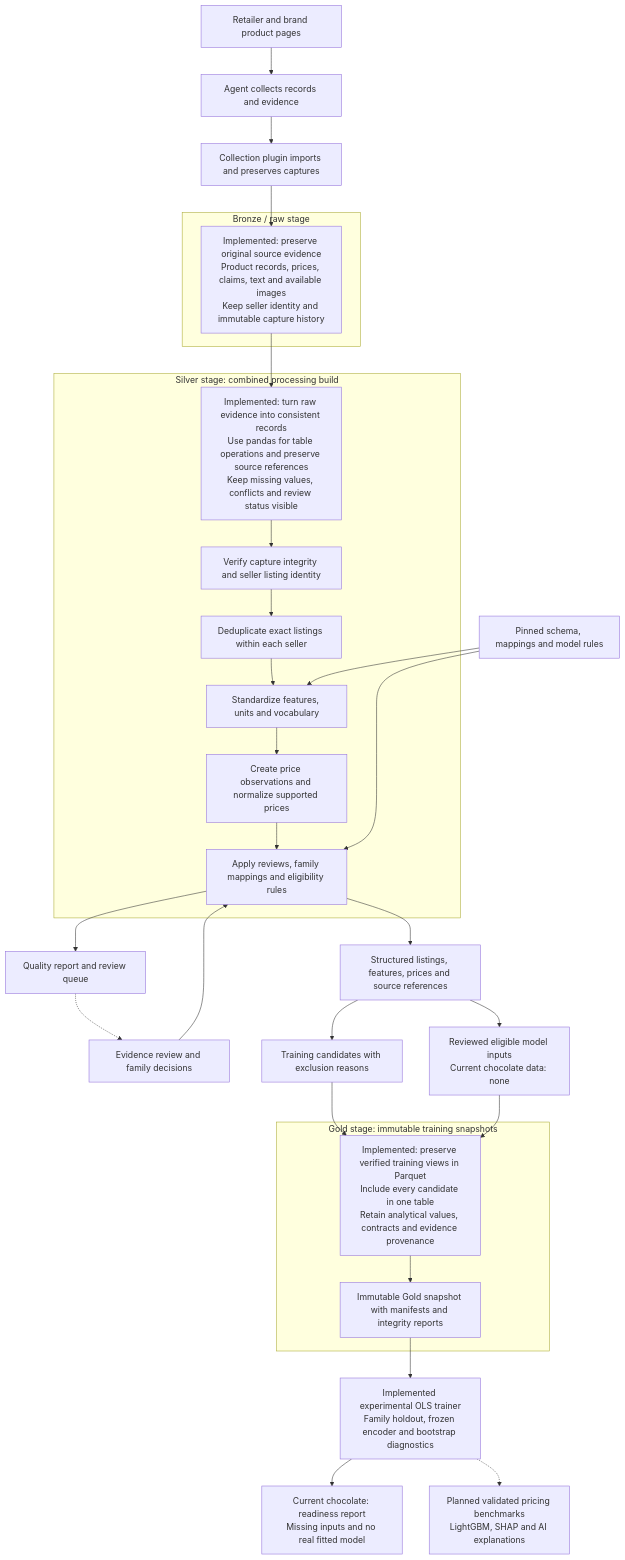
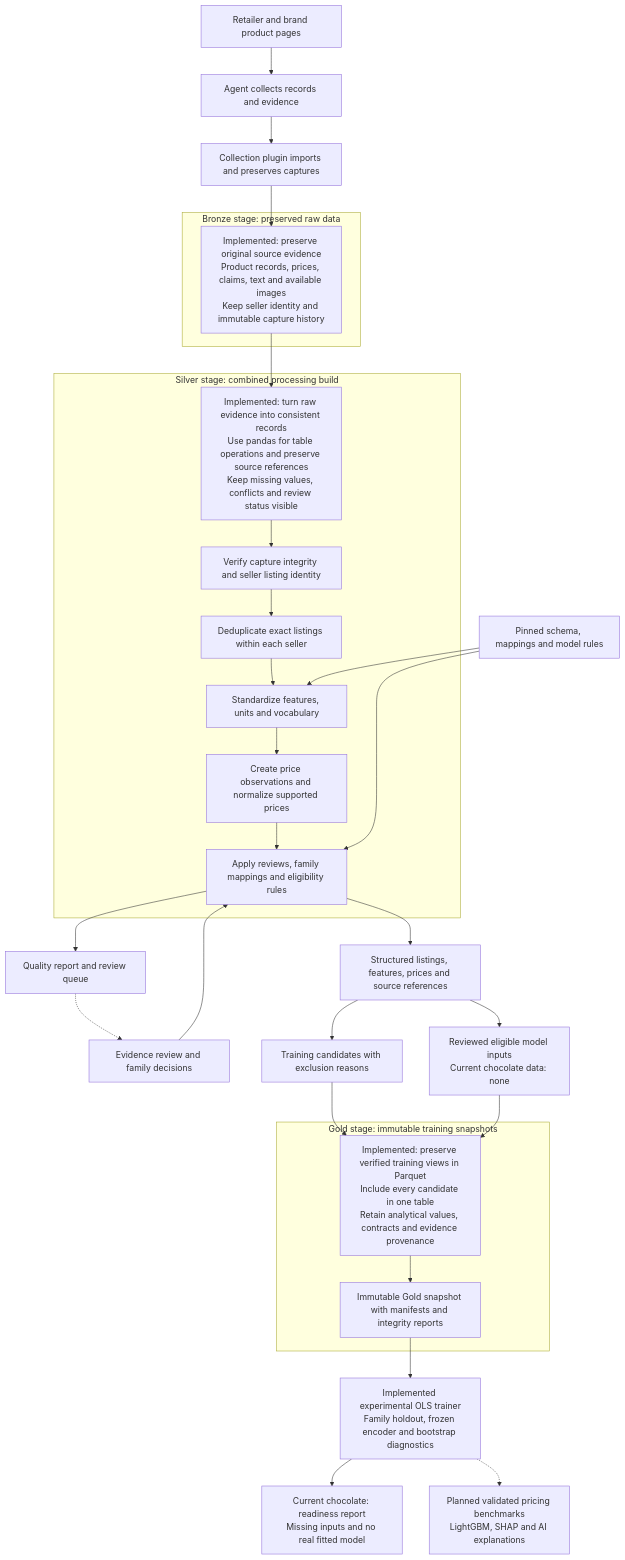
The diagram in docs/data/chocolate-silver.md (CoralLeiCN/rgc), drawn with Mermaid before and after one commit. The commit also changed other lines of this file and 44 other files, not shown here.

Commit message:
Separate schema creation and organize Bronze records by source

````diff
--- a/docs/data/chocolate-silver.md
+++ b/docs/data/chocolate-silver.md
@@ -50,39 +51,39 @@
 ```mermaid
 flowchart TD
     Sources["Retailer and brand product pages"] --> Agent["Agent collects records and evidence"]
     Agent --> Collection["Collection plugin imports and preserves captures"]
     Collection --> Raw
 
-    subgraph Bronze["Bronze / raw stage"]
+    subgraph Bronze["Bronze stage: preserved raw data"]
         Raw["Implemented: preserve original source evidence<br/>Product records, prices, claims, text and available images<br/>Keep seller identity and immutable capture history"]
     end
 
     Raw --> SilverPurpose
 
     subgraph Silver["Silver stage: combined processing build"]
         SilverPurpose["Implemented: turn raw evidence into consistent records<br/>Use pandas for table operations and preserve source references<br/>Keep missing values, conflicts and review status visible"] --> Verify
         Verify["Verify capture integrity and seller listing identity"] --> Deduplicate["Deduplicate exact listings within each seller"]
         Deduplicate --> Standardize["Standardize features, units and vocabulary"]
         Standardize --> Prices["Create price observations and normalize supported prices"]
         Prices --> Gates["Apply reviews, family mappings and eligibility rules"]
     end
 
     Contracts["Pinned schema, mappings and model rules"] --> Standardize
     Contracts --> Gates
     Reviews["Evidence review and family decisions"] --> Gates
     Gates --> Dataset["Structured listings, features, prices and source references"]
     Gates --> Reports["Quality report and review queue"]
     Reports -.-> Reviews
     Dataset --> Candidates["Training candidates with exclusion reasons"]
     Dataset --> Eligible["Reviewed eligible model inputs<br/>Current chocolate data: none"]
     Candidates --> GoldPurpose
     Eligible --> GoldPurpose
 
     subgraph Gold["Gold stage: immutable training snapshots"]
         GoldPurpose["Implemented: preserve verified training views in Parquet<br/>Include every candidate in one table<br/>Retain analytical values, contracts and evidence provenance"] --> Snapshot["Immutable Gold snapshot with manifests and integrity reports"]
     end
 
     Snapshot --> Trainer["Implemented experimental OLS trainer<br/>Family holdout, frozen encoder and bootstrap diagnostics"]
     Trainer --> Readiness["Current chocolate: readiness report<br/>Missing inputs and no real fitted model"]
     Trainer -.-> Future["Planned validated pricing benchmarks<br/>LightGBM, SHAP and AI explanations"]
 ```
````
